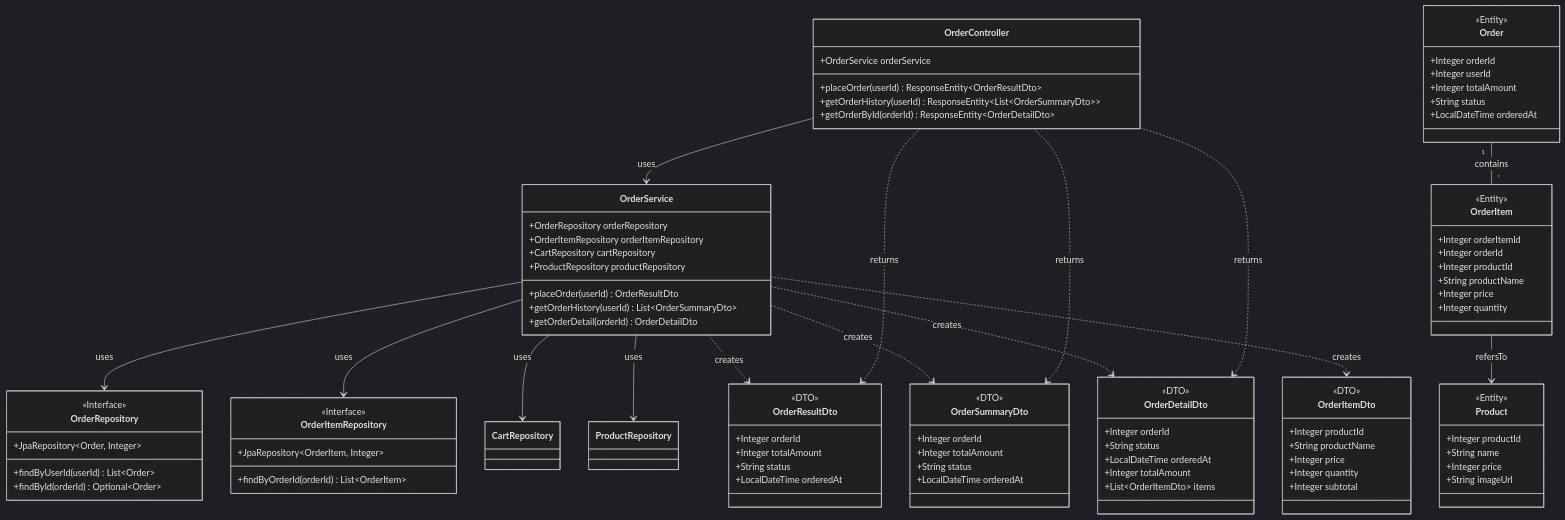
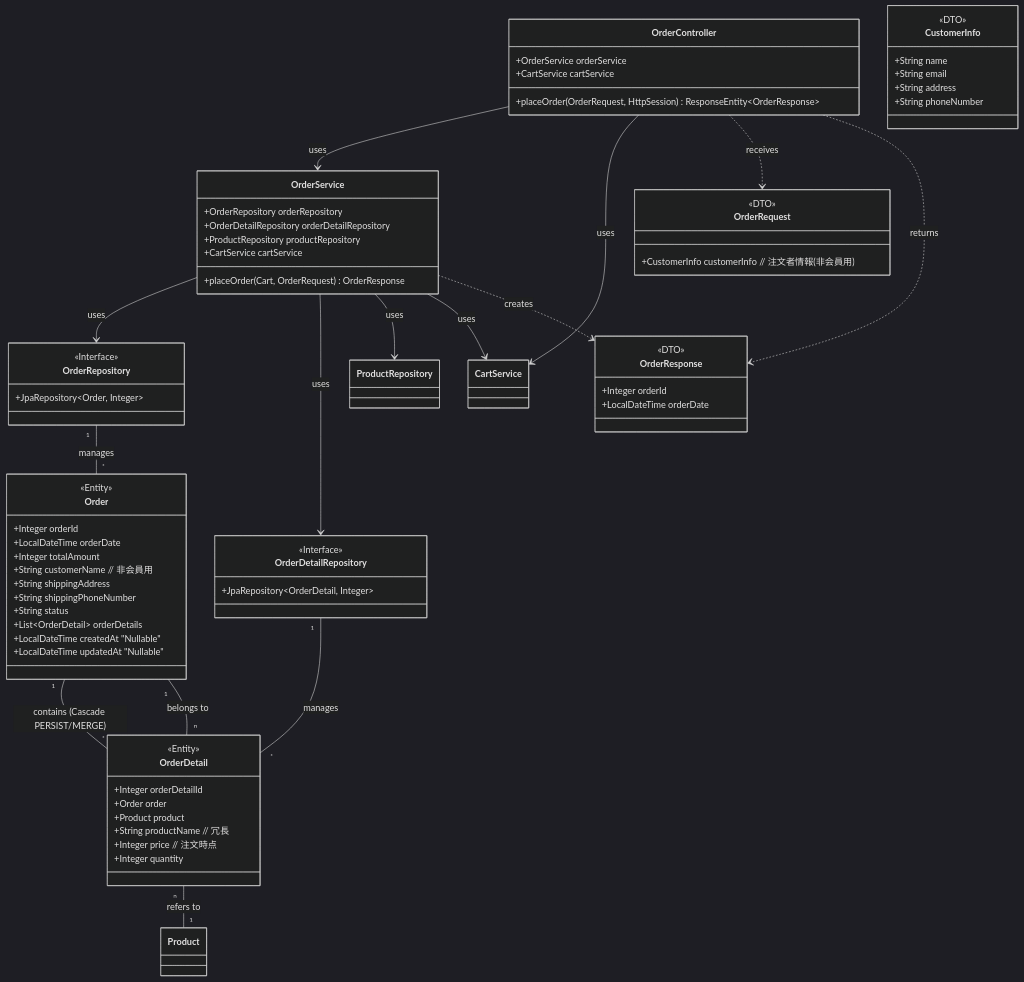
One commit to natsumiumeda/Jobs changed diagram 16 of 18 in 詳細設計/詳細設計書の例（必須機能のみ）.md. Above: the diagram before and after it, drawn with Mermaid (dark theme). The commit also changed other lines of this file, not shown here.

```diff
--- a/詳細設計/詳細設計書の例（必須機能のみ）.md
+++ b/詳細設計/詳細設計書の例（必須機能のみ）.md
@@ -842,110 +748,76 @@
 classDiagram
     class OrderController {
         +OrderService orderService
-        +placeOrder(userId) ResponseEntity~OrderResultDto~
-        +getOrderHistory(userId) ResponseEntity~List~OrderSummaryDto~~
-        +getOrderById(orderId) ResponseEntity~OrderDetailDto~
+        +CartService cartService
+        +placeOrder(OrderRequest, HttpSession) ResponseEntity~OrderResponse~
     }
-
     class OrderService {
         +OrderRepository orderRepository
-        +OrderItemRepository orderItemRepository
-        +CartRepository cartRepository
+        +OrderDetailRepository orderDetailRepository
         +ProductRepository productRepository
-        +placeOrder(userId) OrderResultDto
-        +getOrderHistory(userId) List~OrderSummaryDto~
-        +getOrderDetail(orderId) OrderDetailDto
+        +CartService cartService
+        +placeOrder(Cart, OrderRequest) OrderResponse
     }
-
     class OrderRepository {
         <<Interface>>
         +JpaRepository~Order, Integer~
-        +findByUserId(userId) List~Order~
-        +findById(orderId) Optional~Order~
     }
-
-    class OrderItemRepository {
+     class OrderDetailRepository {
         <<Interface>>
-        +JpaRepository~OrderItem, Integer~
-        +findByOrderId(orderId) List~OrderItem~
+        +JpaRepository~OrderDetail, Integer~
     }
-
     class Order {
         <<Entity>>
         +Integer orderId
-        +Integer userId
+        +LocalDateTime orderDate
         +Integer totalAmount
+        +String customerName // 非会員用
+        +String shippingAddress
+        +String shippingPhoneNumber
         +String status
-        +LocalDateTime orderedAt
+        +List~OrderDetail~ orderDetails
+        +LocalDateTime createdAt "Nullable"
+        +LocalDateTime updatedAt "Nullable"
     }
-
-    class OrderItem {
+    class OrderDetail {
         <<Entity>>
-        +Integer orderItemId
-        +Integer orderId
-        +Integer productId
-        +String productName
-        +Integer price
+        +Integer orderDetailId
+        +Order order
+        +Product product
+        +String productName // 冗長
+        +Integer price // 注文時点
         +Integer quantity
     }
-
-    class Product {
-        <<Entity>>
-        +Integer productId
+    class OrderRequest {
+        <<DTO>>
+        +CustomerInfo customerInfo // 注文者情報(非会員用)
+    }
+    class CustomerInfo{
+         <<DTO>>
         +String name
-        +Integer price
-        +String imageUrl
+        +String email
+        +String address
+        +String phoneNumber
     }
-
-    class OrderResultDto {
+    class OrderResponse {
         <<DTO>>
         +Integer orderId
-        +Integer totalAmount
-        +String status
-        +LocalDateTime orderedAt
-    }
-
-    class OrderSummaryDto {
-        <<DTO>>
-        +Integer orderId
-        +Integer totalAmount
-        +String status
-        +LocalDateTime orderedAt
-    }
-
-    class OrderDetailDto {
-        <<DTO>>
-        +Integer orderId
-        +String status
-        +LocalDateTime orderedAt
-        +Integer totalAmount
-        +List~OrderItemDto~ items
-    }
-
-    class OrderItemDto {
-        <<DTO>>
-        +Integer productId
-        +String productName
-        +Integer price
-        +Integer quantity
-        +Integer subtotal
+        +LocalDateTime orderDate
     }
 
     OrderController --> OrderService : uses
+    OrderController --> CartService : uses
     OrderService --> OrderRepository : uses
-    OrderService --> OrderItemRepository : uses
-    OrderService --> CartRepository : uses
+    OrderService --> OrderDetailRepository : uses
     OrderService --> ProductRepository : uses
+    OrderService --> CartService : uses
+    OrderRepository "1" -- "*" Order : manages
+    OrderDetailRepository "1" -- "*" OrderDetail : manages
+    Order "1" -- "*" OrderDetail : contains (Cascade PERSIST/MERGE)
+    OrderDetail "n" -- "1" Order : belongs to
+    OrderDetail "n" -- "1" Product : refers to
 
-    Order "1" -- "*" OrderItem : contains
-    OrderItem --> Product : refersTo
-
-    OrderService ..> OrderResultDto : creates
-    OrderService ..> OrderSummaryDto : creates
-    OrderService ..> OrderDetailDto : creates
-    OrderService ..> OrderItemDto : creates
-
-    OrderController ..> OrderResultDto : returns
-    OrderController ..> OrderSummaryDto : returns
-    OrderController ..> OrderDetailDto : returns
- </div>
+    OrderController ..> OrderRequest : receives
+    OrderController ..> OrderResponse : returns
+    OrderService ..> OrderResponse : creates
+</div>
```
